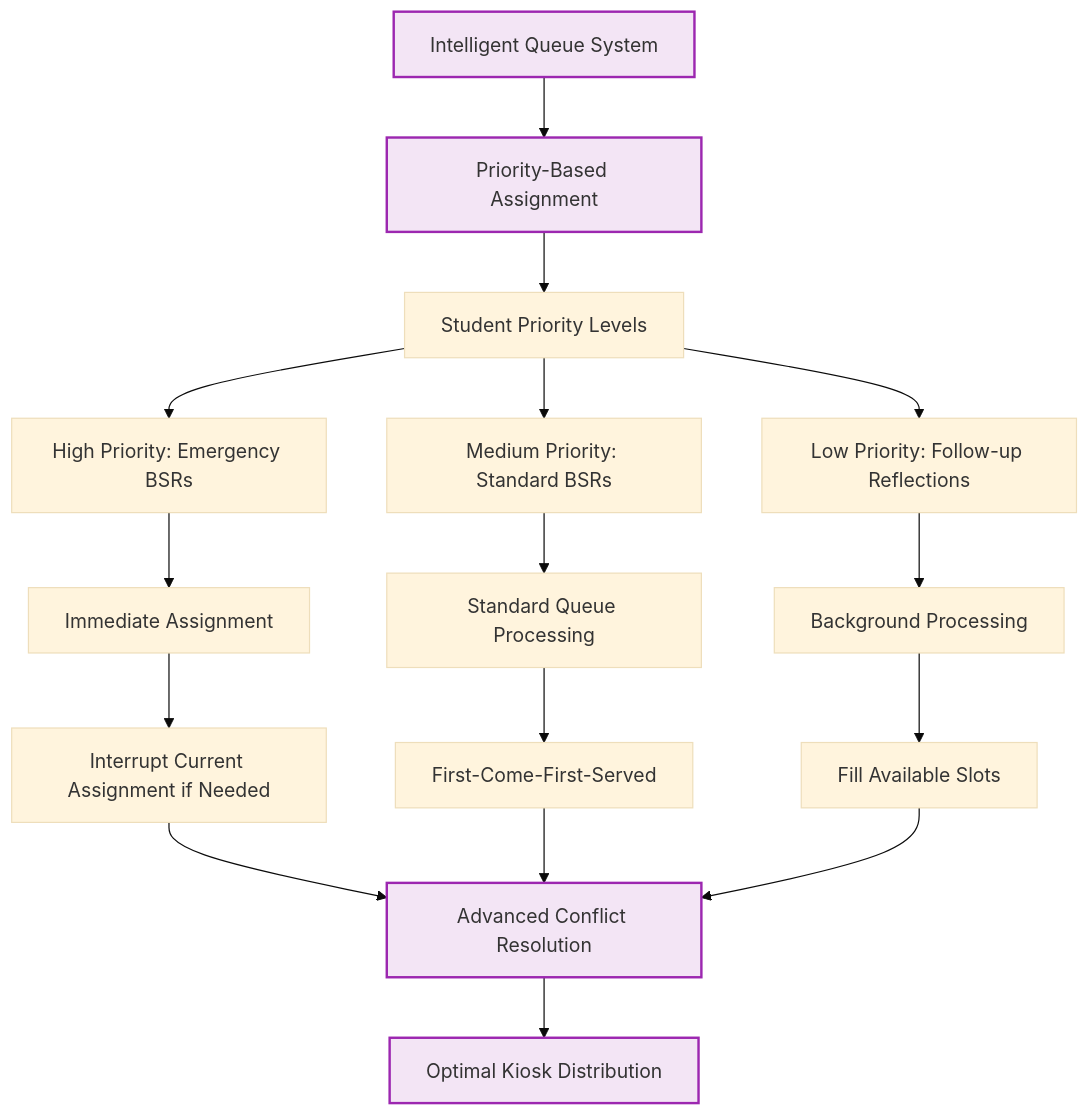
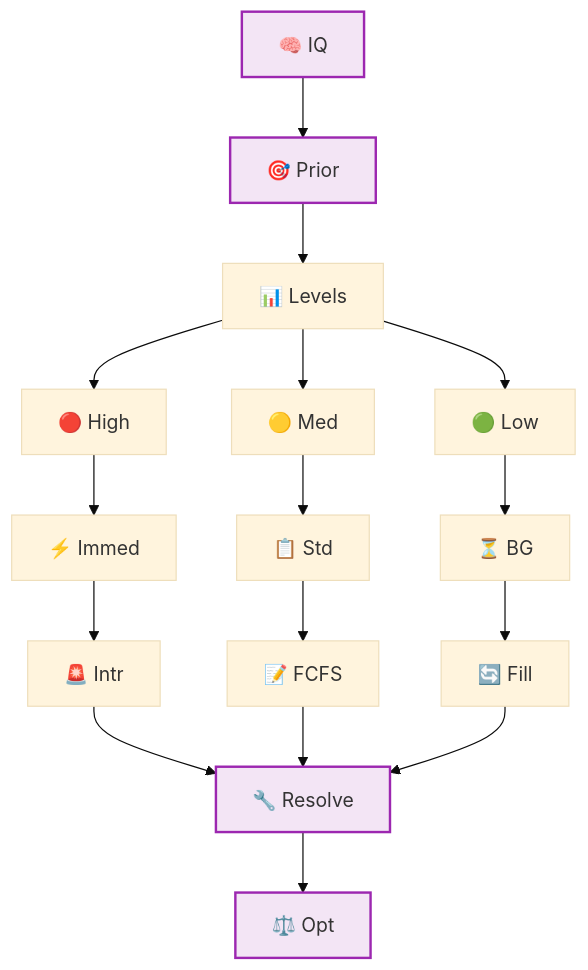
One commit to Splurfa/bx-os changed the second of 4 diagrams in docs/flowcharts/Future-Vision/09-scalable-single-school-architecture.md. Above: the diagram before and after it, drawn with Mermaid (base theme). The commit also changed other lines of this file and 4 other files, not shown here.

Commit message:
Fix all flowchart text cutoff

````diff
--- a/docs/flowcharts/Future-Vision/09-scalable-single-school-architecture.md
+++ b/docs/flowcharts/Future-Vision/09-scalable-single-school-architecture.md
@@ -37,28 +51,28 @@
 ```mermaid
 flowchart TD
-    A[Intelligent Queue System] --> B[Priority-Based Assignment]
-    B --> C[Student Priority Levels]
+    A[🧠 IQ] --> B[🎯 Prior]
+    B --> C[📊 Levels]
     
-    C --> D[High Priority: Emergency BSRs]
-    C --> E[Medium Priority: Standard BSRs]
-    C --> F[Low Priority: Follow-up Reflections]
+    C --> D[🔴 High]
+    C --> E[🟡 Med]
+    C --> F[🟢 Low]
     
-    D --> G[Immediate Assignment]
-    E --> H[Standard Queue Processing]
-    F --> I[Background Processing]
+    D --> G[⚡ Immed]
+    E --> H[📋 Std]
+    F --> I[⏳ BG]
     
-    G --> J[Interrupt Current Assignment if Needed]
-    H --> K[First-Come-First-Served]
-    I --> L[Fill Available Slots]
+    G --> J[🚨 Intr]
+    H --> K[📝 FCFS]
+    I --> L[🔄 Fill]
     
-    J --> M[Advanced Conflict Resolution]
+    J --> M[🔧 Resolve]
     K --> M
     L --> M
     
-    M --> N[Optimal Kiosk Distribution]
+    M --> N[⚖️ Opt]
     
     style A fill:#f3e5f5,stroke:#9c27b0,stroke-width:2px
     style B fill:#f3e5f5,stroke:#9c27b0,stroke-width:2px
     style M fill:#f3e5f5,stroke:#9c27b0,stroke-width:2px
     style N fill:#f3e5f5,stroke:#9c27b0,stroke-width:2px
 ```
````
